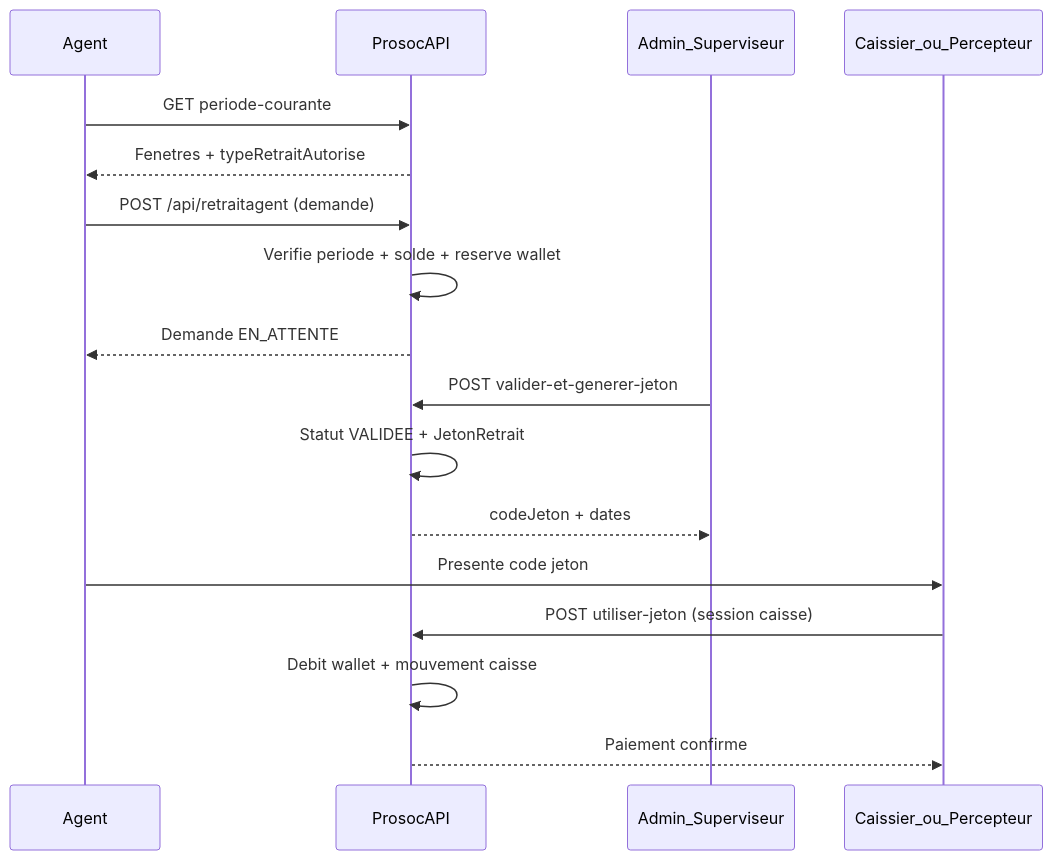
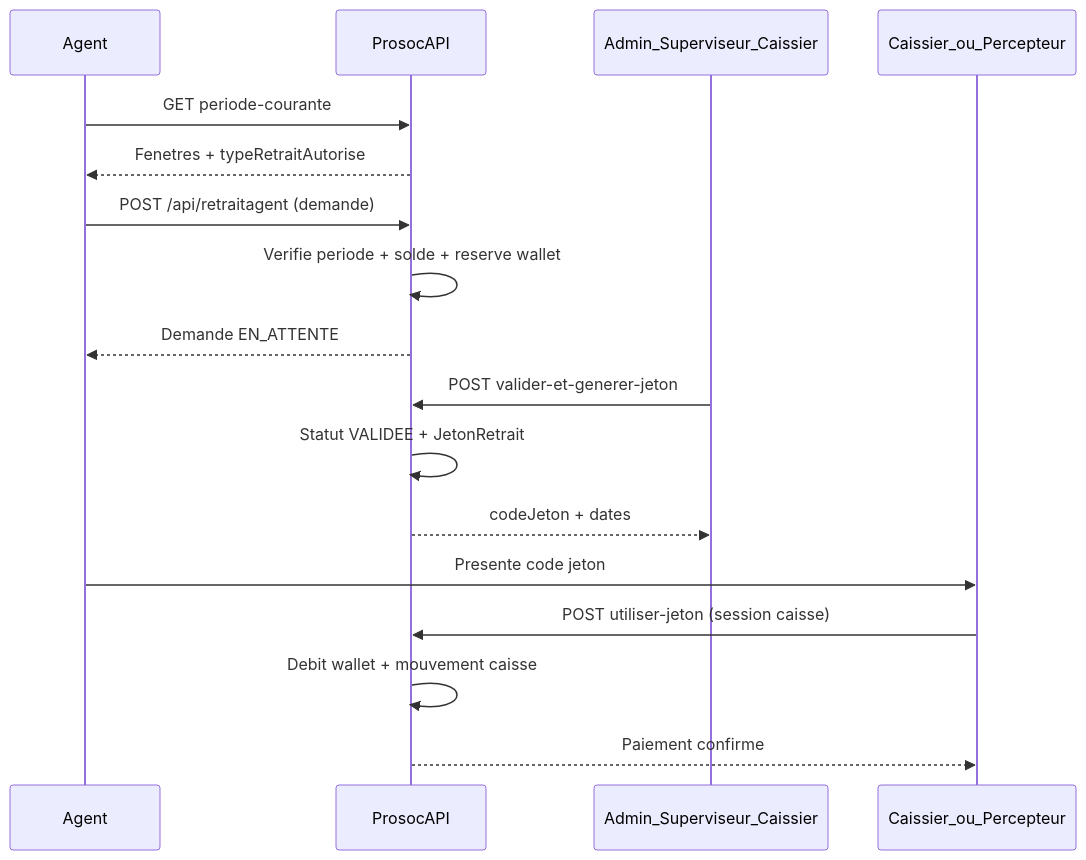
One commit to jktechrepository/prosocAPI changed the second of 2 diagrams in PROCESSUS_RETRAIT_AGENT.md. Above: the diagram before and after it, drawn with Mermaid. The commit also changed other lines of this file and 67 other files, not shown here.

````diff
--- a/PROCESSUS_RETRAIT_AGENT.md
+++ b/PROCESSUS_RETRAIT_AGENT.md
@@ -111,22 +111,22 @@
 ```mermaid
 sequenceDiagram
     participant Agent
     participant API as ProsocAPI
-    participant Validateur as Admin_Superviseur
+    participant Validateur as Admin_Superviseur_Caissier
     participant Caisse as Caissier_ou_Percepteur
 
     Agent->>API: GET periode-courante
     API-->>Agent: Fenetres + typeRetraitAutorise
     Agent->>API: POST /api/retraitagent (demande)
     API->>API: Verifie periode + solde + reserve wallet
     API-->>Agent: Demande EN_ATTENTE
 
     Validateur->>API: POST valider-et-generer-jeton
     API->>API: Statut VALIDEE + JetonRetrait
     API-->>Validateur: codeJeton + dates
 
     Agent->>Caisse: Presente code jeton
     Caisse->>API: POST utiliser-jeton (session caisse)
     API->>API: Debit wallet + mouvement caisse
     API-->>Caisse: Paiement confirme
 ```
````
